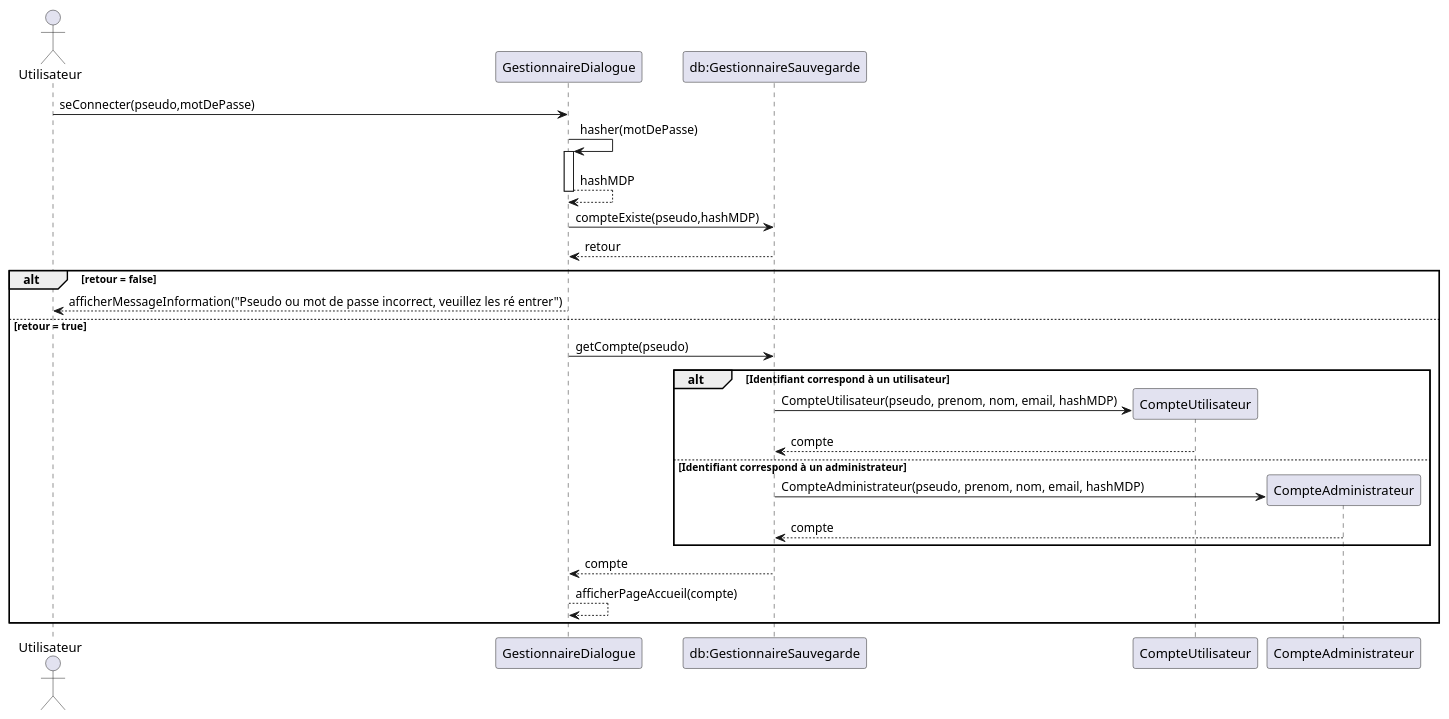
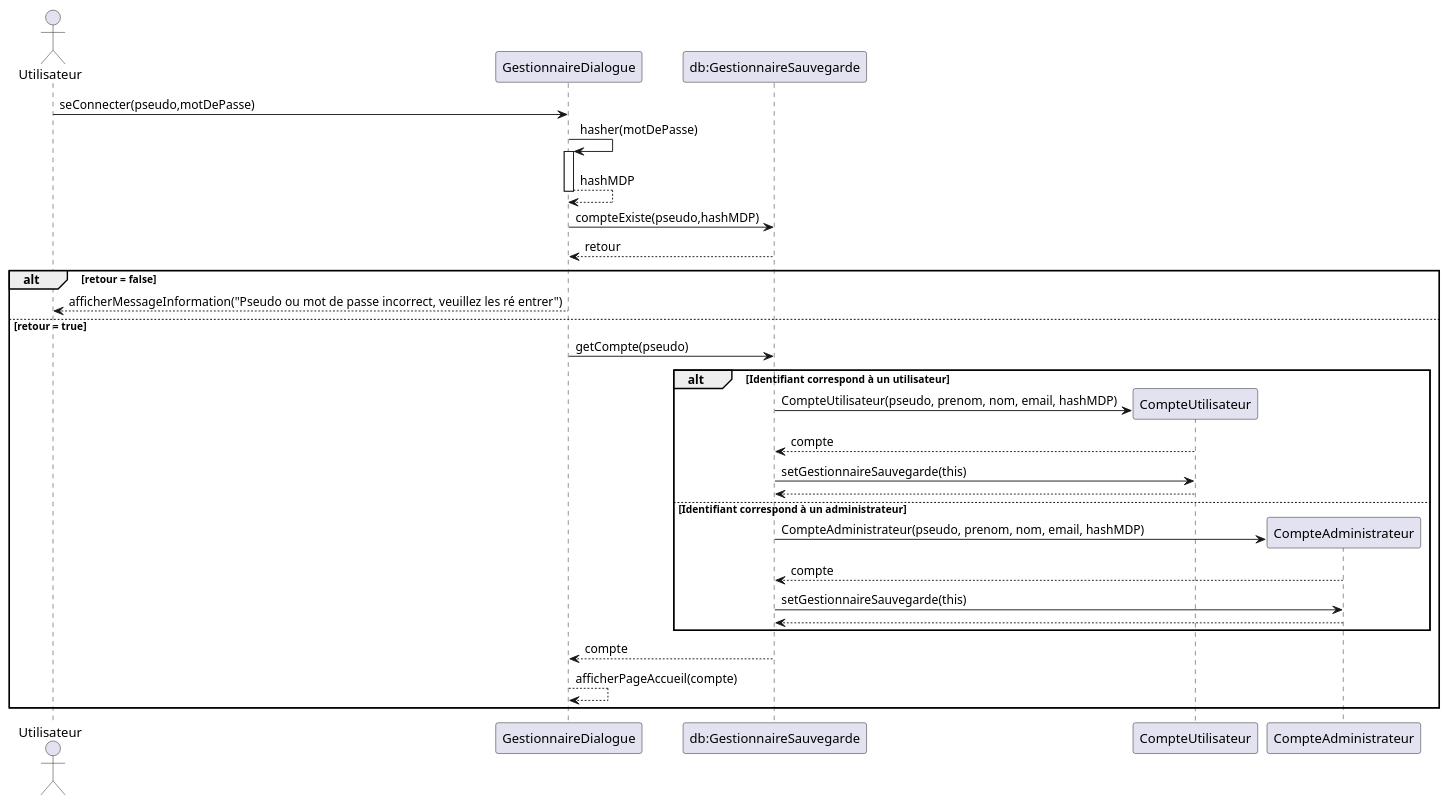
One commit to lmtb06/sharecount changed the diagram in diagrammes/conception/se-connecter.puml. Above: the diagram before and after it, drawn with PlantUML. The commit also changed 11 other files, not shown here.

```diff
--- a/diagrammes/conception/se-connecter.puml
+++ b/diagrammes/conception/se-connecter.puml
@@ -1,34 +1,38 @@
 @startuml Se connecter ou créer son compte
 
 actor "Utilisateur" as us
 participant "GestionnaireDialogue" as gd
 participant "db:GestionnaireSauvegarde" as gs
 participant "CompteUtilisateur" as cu
 participant "CompteAdministrateur" as ca
 
 us -> gd : seConnecter(pseudo,motDePasse)
 gd 	-> gd ++: hasher(motDePasse)
 gd 	--> gd --: hashMDP
 gd -> gs : compteExiste(pseudo,hashMDP)
 gs --> gd : retour
 
 alt retour = false
 gd --> us : afficherMessageInformation("Pseudo ou mot de passe incorrect, veuillez les ré entrer")
 else retour = true
 
 gd -> gs : getCompte(pseudo)
 
 alt Identifiant correspond à un utilisateur
 gs -> cu **: CompteUtilisateur(pseudo, prenom, nom, email, hashMDP)
 cu --> gs : compte
+gs -> cu 	: setGestionnaireSauvegarde(this)
+cu --> gs 	:
 else Identifiant correspond à un administrateur
 gs -> ca **: CompteAdministrateur(pseudo, prenom, nom, email, hashMDP)
 ca --> gs : compte
+gs -> ca 	: setGestionnaireSauvegarde(this)
+ca --> gs 	:
 end
 gs --> gd : compte
 gd --> gd : afficherPageAccueil(compte)
 
 end
 
 
 @enduml
```
